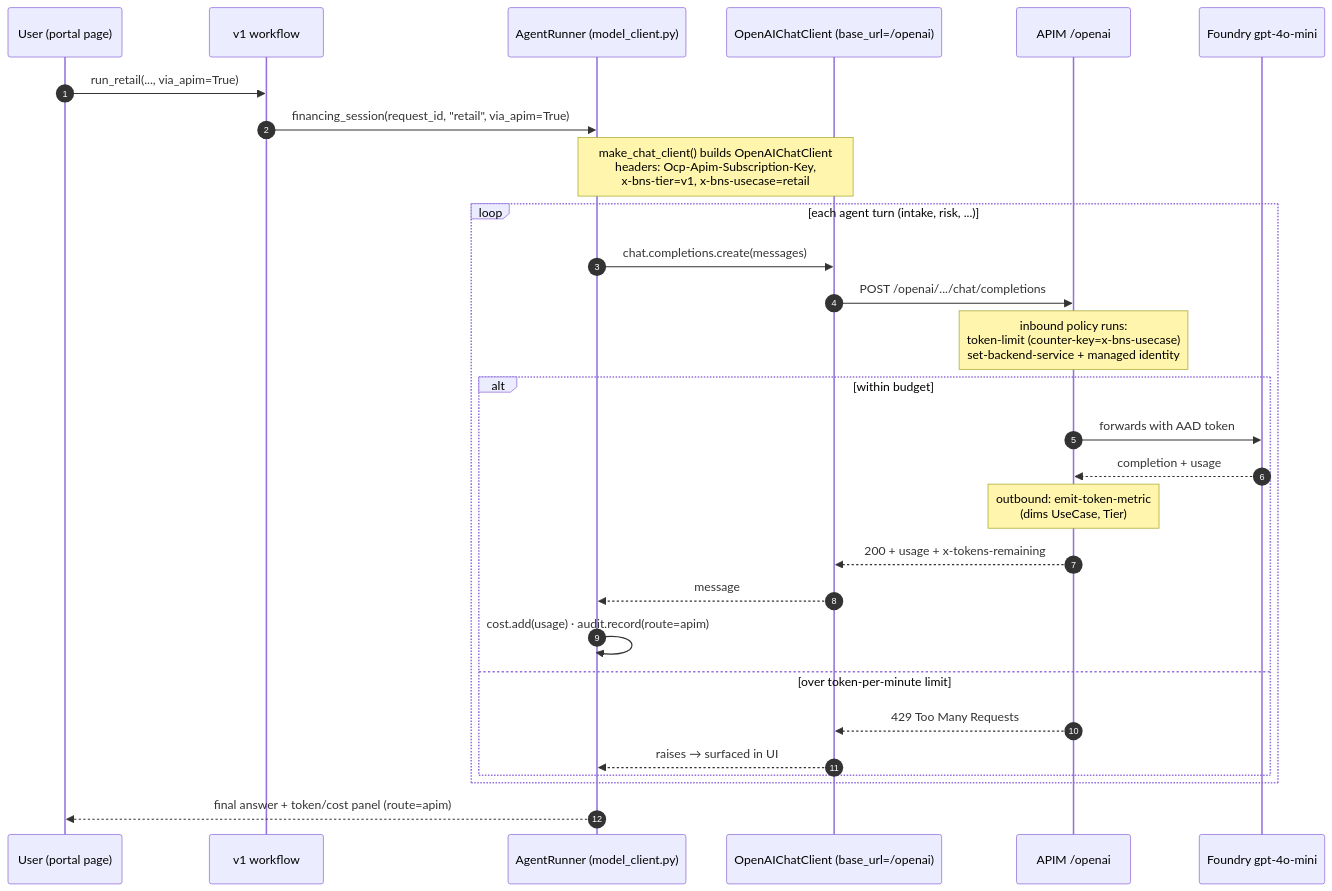
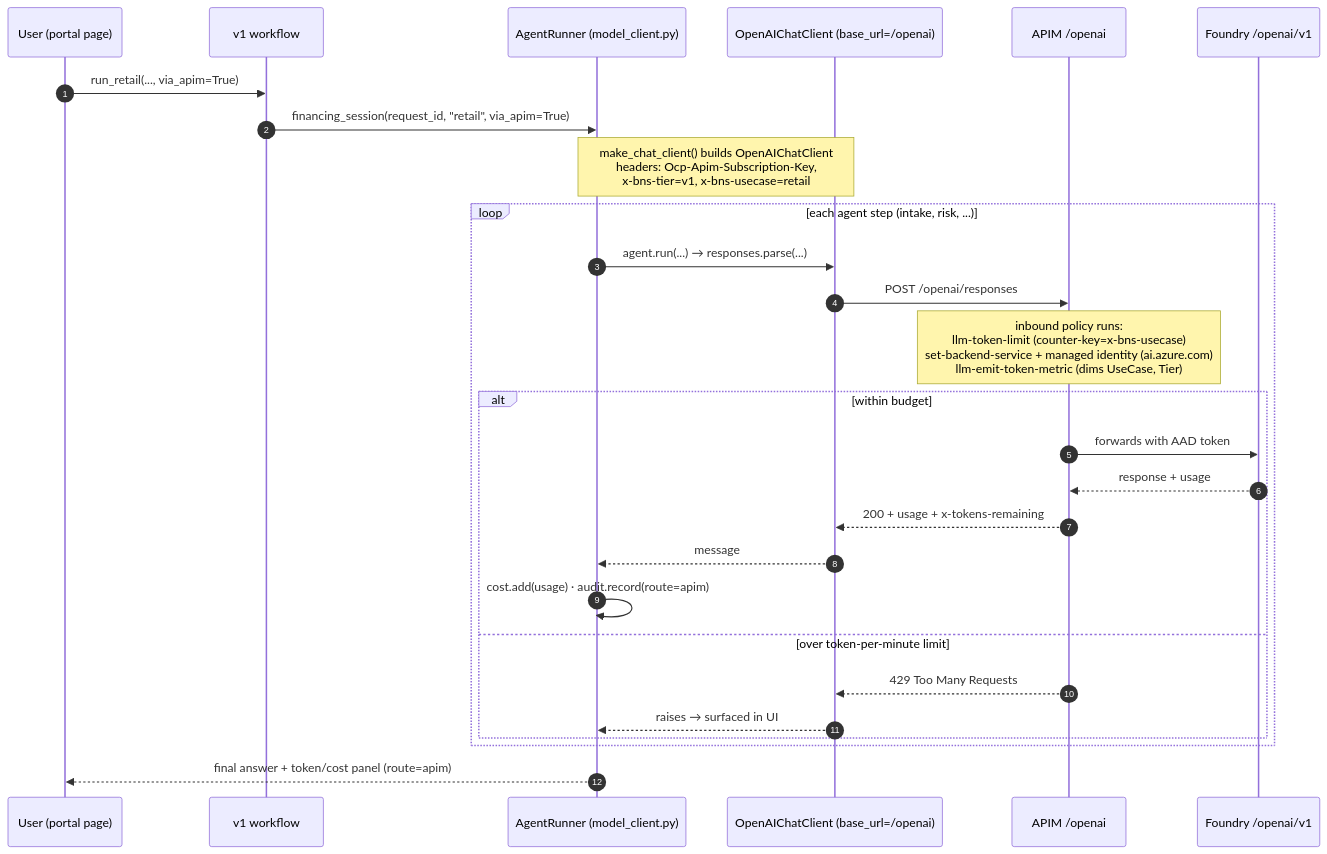
One commit to sandy-gunawan/FSI_AgentiAI changed the second of 3 diagrams in docs-foundry-v2/10-apim-implementation-reference.md. Above: the diagram before and after it, drawn with Mermaid. The commit also changed other lines of this file and 4 other files, not shown here.

Commit message:
APIM Phase 6: wire v1+v2 responses APIs, llm-* policies (infra/apim), probe; correct docs to verified deployment (ai.azure.com audience, /responses, inbound emit)

````diff
--- a/docs-foundry-v2/10-apim-implementation-reference.md
+++ b/docs-foundry-v2/10-apim-implementation-reference.md
@@ -92,31 +106,30 @@
 ```mermaid
 sequenceDiagram
     autonumber
     participant U as User (portal page)
     participant W as v1 workflow
     participant R as AgentRunner (model_client.py)
     participant C as OpenAIChatClient (base_url=/openai)
     participant G as APIM /openai
-    participant F as Foundry gpt-4o-mini
+    participant F as Foundry /openai/v1
 
     U->>W: run_retail(..., via_apim=True)
     W->>R: financing_session(request_id, "retail", via_apim=True)
     Note over R,C: make_chat_client() builds OpenAIChatClient<br/>headers: Ocp-Apim-Subscription-Key,<br/>x-bns-tier=v1, x-bns-usecase=retail
-    loop each agent turn (intake, risk, ...)
-        R->>C: chat.completions.create(messages)
-        C->>G: POST /openai/.../chat/completions
-        Note over G: inbound policy runs:<br/>token-limit (counter-key=x-bns-usecase)<br/>set-backend-service + managed identity
+    loop each agent step (intake, risk, ...)
+        R->>C: agent.run(...) → responses.parse(...)
+        C->>G: POST /openai/responses
+        Note over G: inbound policy runs:<br/>llm-token-limit (counter-key=x-bns-usecase)<br/>set-backend-service + managed identity (ai.azure.com)<br/>llm-emit-token-metric (dims UseCase, Tier)
         alt within budget
             G->>F: forwards with AAD token
-            F-->>G: completion + usage
-            Note over G: outbound: emit-token-metric<br/>(dims UseCase, Tier)
+            F-->>G: response + usage
             G-->>C: 200 + usage + x-tokens-remaining
             C-->>R: message
             R->>R: cost.add(usage) · audit.record(route=apim)
         else over token-per-minute limit
             G-->>C: 429 Too Many Requests
             C-->>R: raises → surfaced in UI
         end
     end
     R-->>U: final answer + token/cost panel (route=apim)
 ```
````
